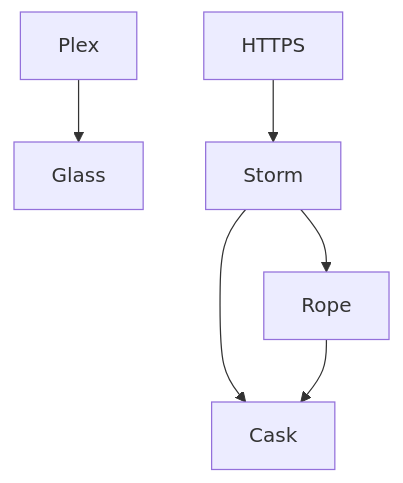
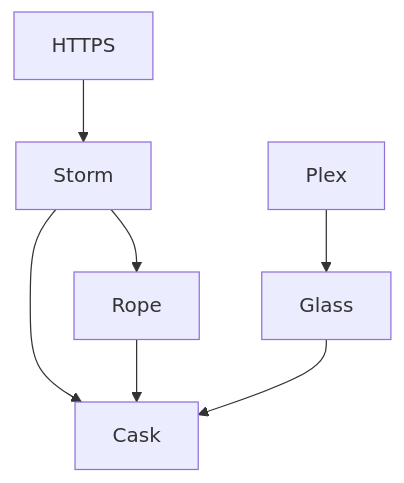
Before and after one commit to icco/writing: the diagram in posts/745.md, drawn with Mermaid. The commit also changed other lines of this file, not shown here.

````diff
--- a/posts/745.md
+++ b/posts/745.md
@@ -13,8 +13,9 @@
 ```mermaid
 graph TD;
     Plex-->Glass;
     HTTPS-->Storm;
     Storm-->Cask;
     Storm-->Rope;
     Rope-->Cask;
+    Glass-->Cask;
 ```
````
